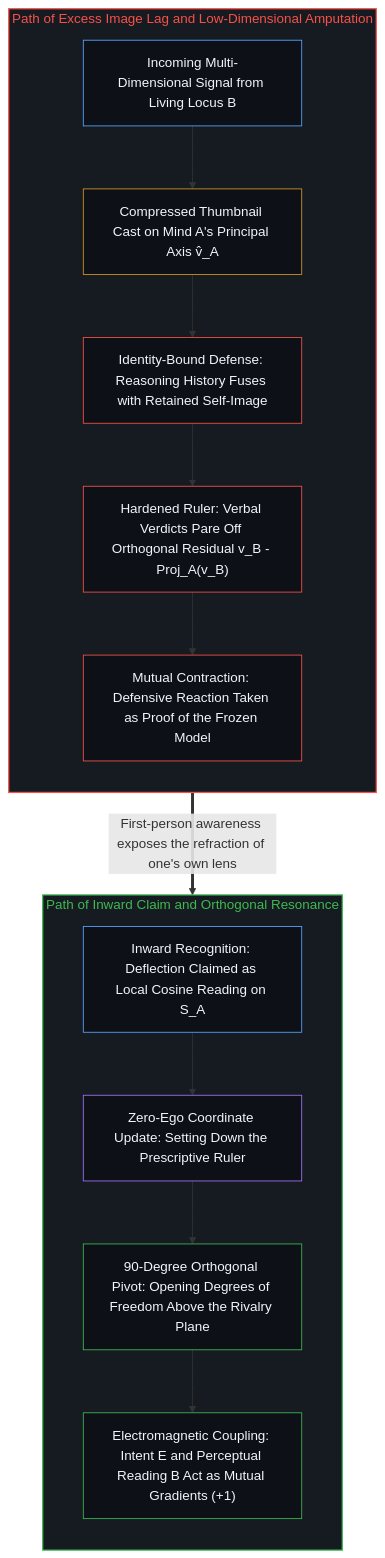
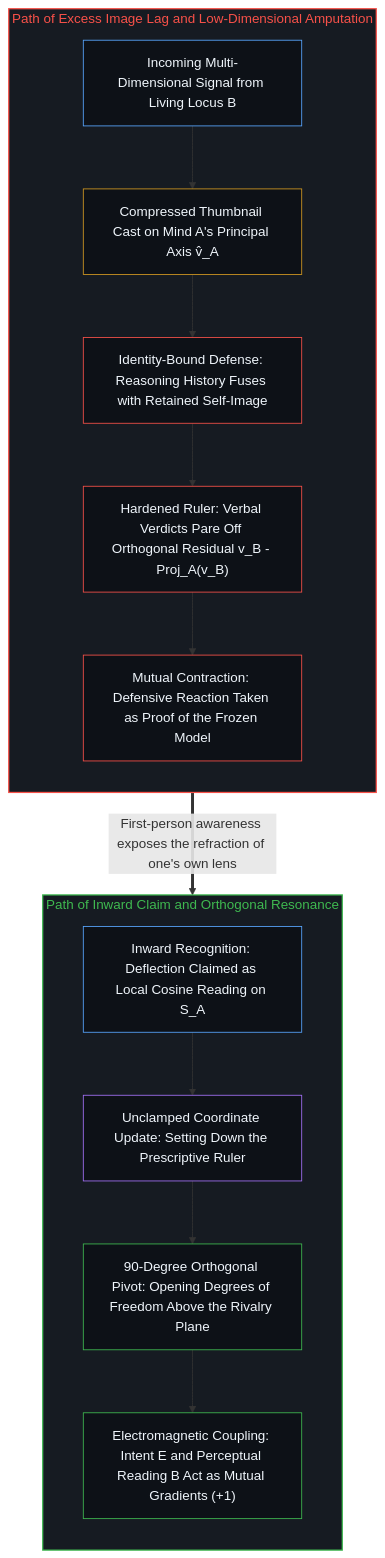
The second of 2 diagrams in content/posts/the-illusion-of-knowing-and-the-geometry-of-amputation.md (powerpig99/not-a-toe), drawn with Mermaid before and after one commit. The commit also changed other lines of this file, not shown here.

````diff
--- a/content/posts/the-illusion-of-knowing-and-the-geometry-of-amputation.md
+++ b/content/posts/the-illusion-of-knowing-and-the-geometry-of-amputation.md
@@ -97,35 +94,32 @@
 ```mermaid
 flowchart TD
     subgraph S_Amputate["Path of Excess Image Lag and Low-Dimensional Amputation"]
         direction TB
         Signal["Incoming Multi-Dimensional Signal from Living Locus B"]
         Thumb["Compressed Thumbnail Cast on Mind A's Principal Axis v̂_A"]
         Fuse["Identity-Bound Defense: Reasoning History Fuses with Retained Self-Image"]
         Trim["Hardened Ruler: Verbal Verdicts Pare Off Orthogonal Residual v_B - Proj_A(v_B)"]
         Loop["Mutual Contraction: Defensive Reaction Taken as Proof of the Frozen Model"]
         Signal --> Thumb --> Fuse --> Trim --> Loop
     end
-
     subgraph S_Resonate["Path of Inward Claim and Orthogonal Resonance"]
         direction TB
         Notice["Inward Recognition: Deflection Claimed as Local Cosine Reading on S_A"]
-        Unclamp["Zero-Ego Coordinate Update: Setting Down the Prescriptive Ruler"]
+        Unclamp["Unclamped Coordinate Update: Setting Down the Prescriptive Ruler"]
         Pivot["90-Degree Orthogonal Pivot: Opening Degrees of Freedom Above the Rivalry Plane"]
         Wave["Electromagnetic Coupling: Intent E and Perceptual Reading B Act as Mutual Gradients (+1)"]
         Notice --> Unclamp --> Pivot --> Wave
     end
-
     Loop ==>|"First-person awareness exposes the refraction of one's own lens"| Notice
-
     style S_Amputate fill:#161b22,stroke:#f85149,stroke-width:1.5px,color:#f85149
     style S_Resonate fill:#161b22,stroke:#3fb950,stroke-width:1.5px,color:#3fb950
     style Signal fill:#0d1117,stroke:#58a6ff,stroke-width:1px,color:#f0f6fc
     style Thumb fill:#0d1117,stroke:#d29922,stroke-width:1px,color:#f0f6fc
     style Fuse fill:#0d1117,stroke:#f85149,stroke-width:1px,color:#f0f6fc
     style Trim fill:#0d1117,stroke:#f85149,stroke-width:1px,color:#f0f6fc
     style Loop fill:#0d1117,stroke:#f85149,stroke-width:1px,color:#f0f6fc
     style Notice fill:#0d1117,stroke:#58a6ff,stroke-width:1px,color:#f0f6fc
     style Unclamp fill:#0d1117,stroke:#a371f7,stroke-width:1px,color:#f0f6fc
     style Pivot fill:#0d1117,stroke:#3fb950,stroke-width:1px,color:#f0f6fc
     style Wave fill:#0d1117,stroke:#3fb950,stroke-width:1px,color:#f0f6fc
 ```
````
